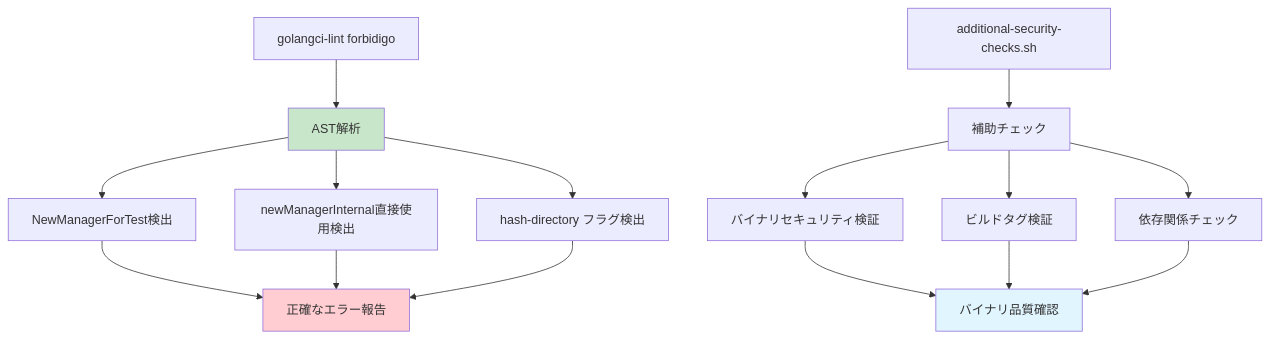
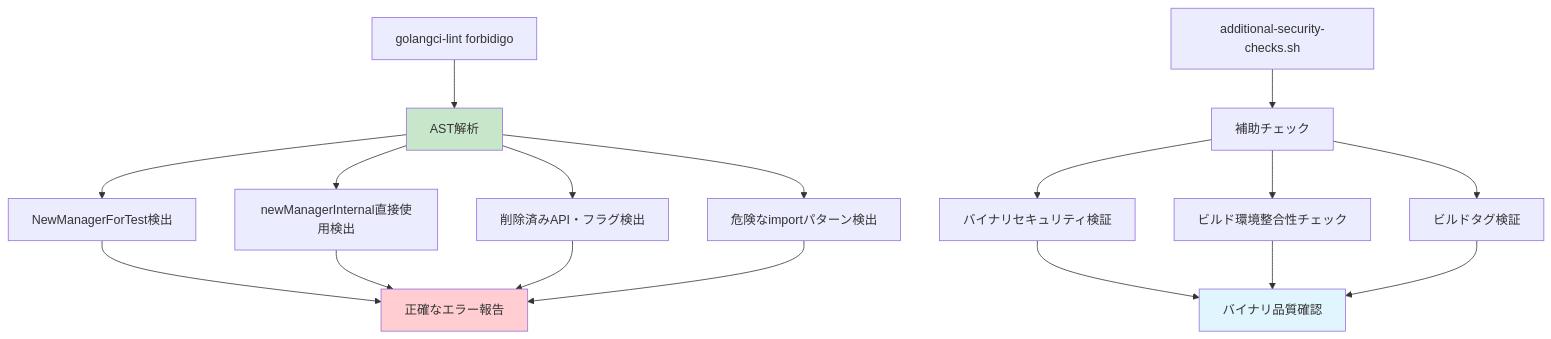
The third of 4 diagrams in docs/tasks/0022_hash_directory_security_enhancement/04_implementation_plan.md (isseis/go-safe-cmd-runner), drawn with Mermaid before and after one commit. The commit also changed other lines of this file and 3 other files, not shown here.

First line of the commit message:
Remove hash-directory flag and tighten security validation for build

````diff
--- a/docs/tasks/0022_hash_directory_security_enhancement/04_implementation_plan.md
+++ b/docs/tasks/0022_hash_directory_security_enhancement/04_implementation_plan.md
@@ -310,25 +310,27 @@
 ```mermaid
 graph TD
     A[golangci-lint forbidigo] --> B[AST解析]
     C[additional-security-checks.sh] --> D[補助チェック]
 
     B --> E[NewManagerForTest検出]
     B --> F[newManagerInternal直接使用検出]
-    B --> G[hash-directory フラグ検出]
+    B --> G[削除済みAPI・フラグ検出]
+    B --> H[危険なimportパターン検出]
 
-    D --> H[バイナリセキュリティ検証]
-    D --> I[ビルドタグ検証]
-    D --> J[依存関係チェック]
+    D --> I[バイナリセキュリティ検証]
+    D --> J[ビルド環境整合性チェック]
+    D --> K[ビルドタグ検証]
 
-    E --> K[正確なエラー報告]
-    F --> K
-    G --> K
+    E --> L[正確なエラー報告]
+    F --> L
+    G --> L
+    H --> L
 
-    H --> L[バイナリ品質確認]
-    I --> L
-    J --> L
+    I --> M[バイナリ品質確認]
+    J --> M
+    K --> M
 
     style B fill:#c8e6c9
-    style K fill:#ffcdd2
-    style L fill:#e1f5fe
+    style L fill:#ffcdd2
+    style M fill:#e1f5fe
 ```
````
